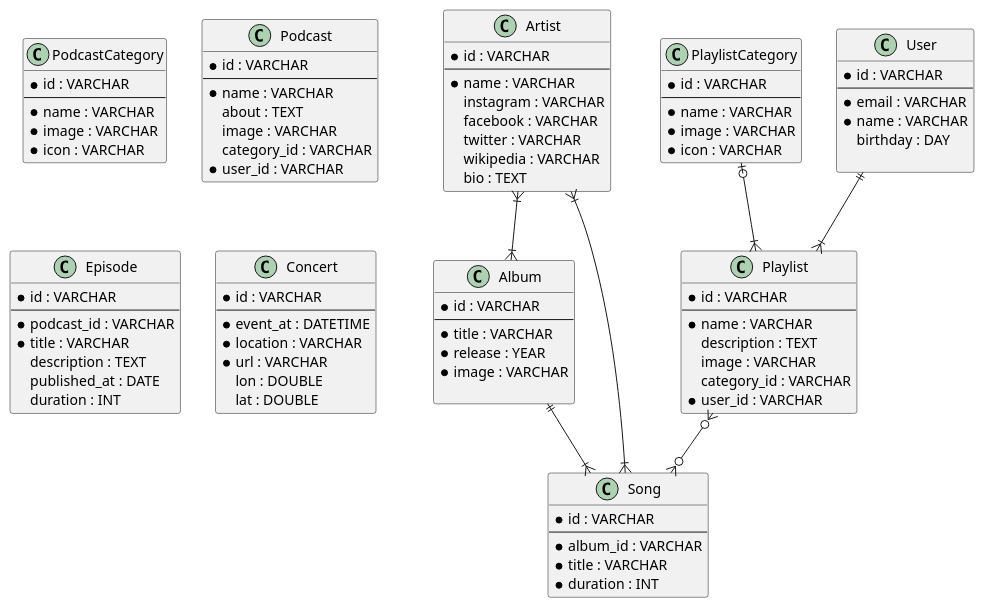
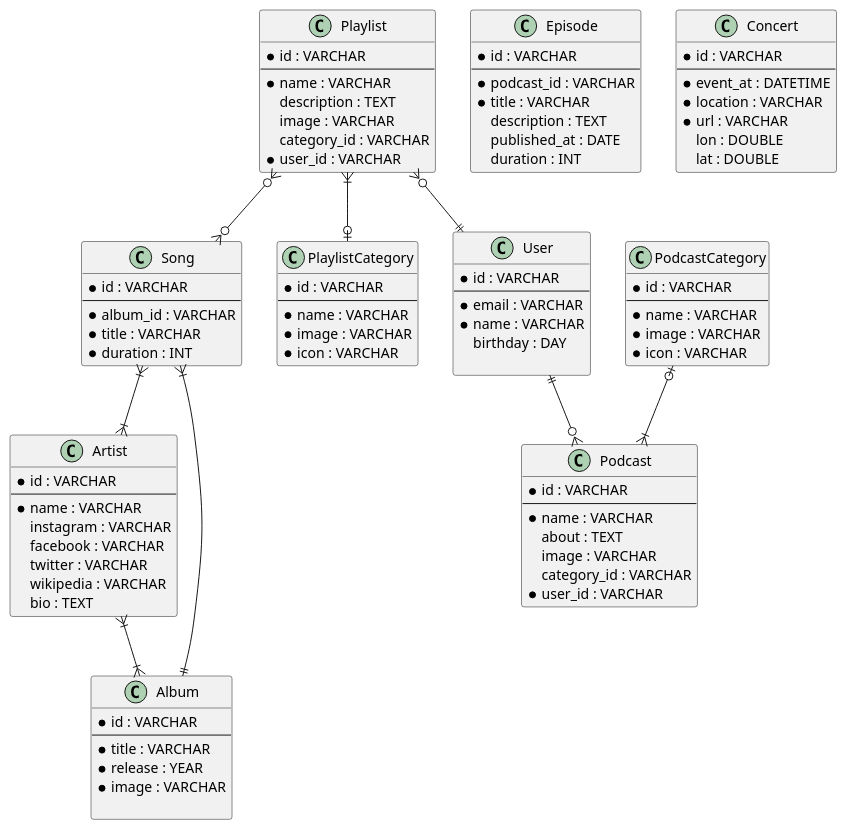
One commit to abuabdirohman4/db-mysql changed the diagram in spotify.puml. Above: the diagram before and after it, drawn with PlantUML.

```diff
--- a/spotify.puml
+++ b/spotify.puml
@@ -1,93 +1,104 @@
 @startuml Spotify
 class Artist {
     * id : VARCHAR
     --
     * name : VARCHAR
     instagram : VARCHAR
     facebook : VARCHAR
     twitter : VARCHAR
     wikipedia : VARCHAR
     bio : TEXT
 }
 class Album {
     * id : VARCHAR
     --
     * title : VARCHAR
     * release : YEAR
     * image : VARCHAR
 
 }
 class Song {
     * id : VARCHAR
     --
     * album_id : VARCHAR
     * title : VARCHAR
     * duration : INT
 }
 class PlaylistCategory {
     * id : VARCHAR
     --
     * name : VARCHAR
     * image : VARCHAR
     * icon : VARCHAR
 }
 class Playlist {
     * id : VARCHAR
     --
     * name : VARCHAR
     description : TEXT
     image : VARCHAR
     category_id : VARCHAR
     * user_id : VARCHAR
 }
 class PodcastCategory {
     * id : VARCHAR
     --
     * name : VARCHAR
     * image : VARCHAR
     * icon : VARCHAR
 }
 class Podcast {
     * id : VARCHAR
     --
     * name : VARCHAR
     about : TEXT
     image : VARCHAR
     category_id : VARCHAR
     * user_id : VARCHAR
 }
 class Episode {
     * id : VARCHAR
     --
     * podcast_id : VARCHAR
     * title : VARCHAR
     description : TEXT
     published_at : DATE
     duration : INT
 }
 class User {
     * id : VARCHAR 
     --
     * email : VARCHAR
     * name : VARCHAR
     birthday : DAY
 
 }
 class Concert {
     * id : VARCHAR
     --
     * event_at : DATETIME
     * location : VARCHAR
     * url : VARCHAR
     lon : DOUBLE
     lat : DOUBLE
 }
 
+' Artist Relation
 Artist }|--|{ Album
-Album ||--|{ Song
-Artist }|--|{ Song
-PlaylistCategory |o--|{ Playlist
-User ||--|{ Playlist
+
+' Album Relation
+
+' Song Relation
+Song }|--|| Album
+Song }|--|{ Artist
+
+' Playlist Relation
+Playlist }|--o| PlaylistCategory
+Playlist }o--|| User
 Playlist }o--o{ Song
 
+' Podcast Relation
+PodcastCategory |o--|{ Podcast
+User ||--o{ Podcast
+
 @enduml
```
